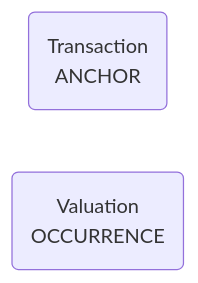
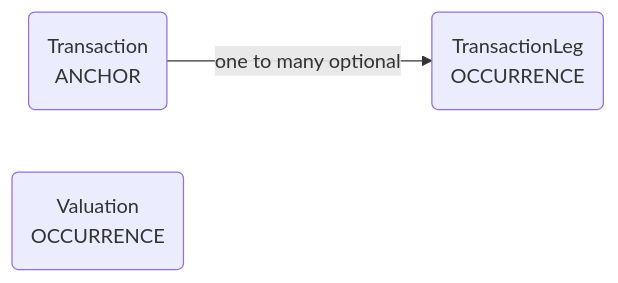
The fifth of 5 diagrams in docs/data-models/private-equity/private-equity-data-design-document.md (M-A-Operating-System/shared-work), drawn with Mermaid before and after one commit. The commit also changed other lines of this file and 8 other files, not shown here.

````diff
--- a/docs/data-models/private-equity/private-equity-data-design-document.md
+++ b/docs/data-models/private-equity/private-equity-data-design-document.md
@@ -1121,5 +1122,7 @@
 ```mermaid
 flowchart LR
   SBJ008("Transaction<br>ANCHOR")
   SBJ009("Valuation<br>OCCURRENCE")
+  SBJ010("TransactionLeg<br>OCCURRENCE")
+  SBJ008 -->|"one to many optional"| SBJ010
 ```
````
